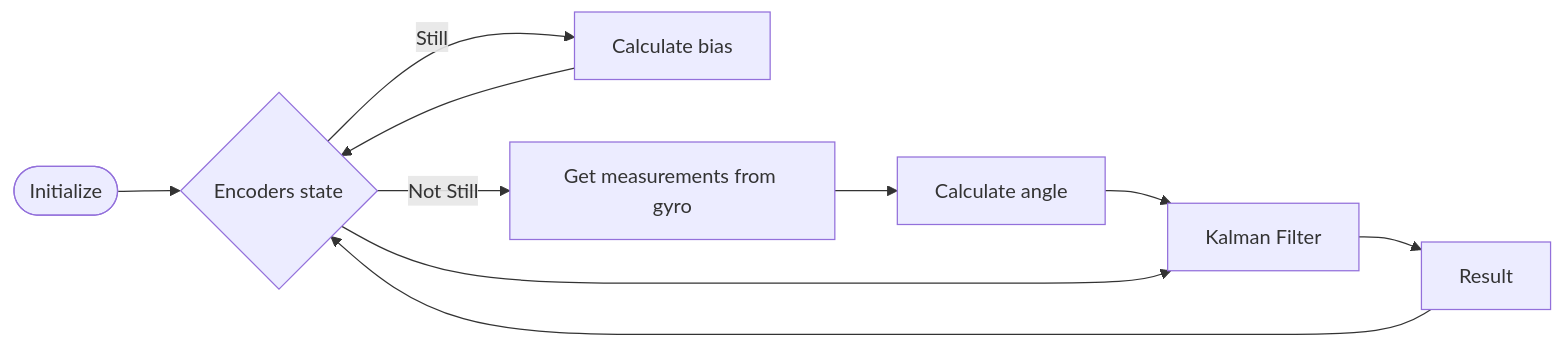
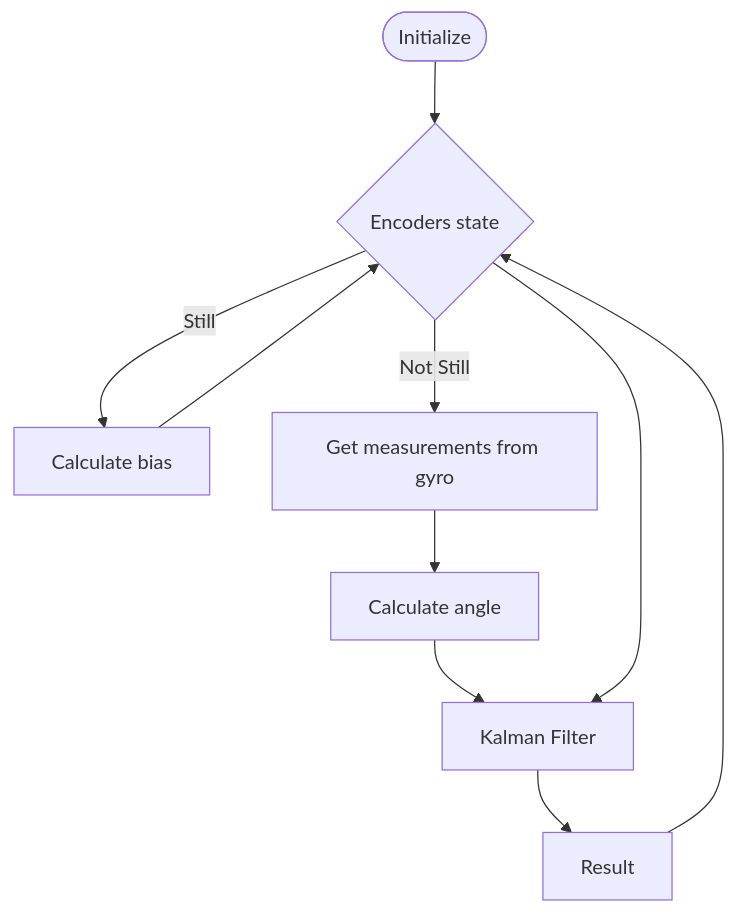
The diagram in Gyro_Encoders/README.md (LucasTakanori/PAE-HP), drawn with Mermaid before and after one commit.

````diff
--- a/Gyro_Encoders/README.md
+++ b/Gyro_Encoders/README.md
@@ -73,11 +73,11 @@
 ```mermaid
-flowchart LR
+flowchart TD
     A([Initialize]) --> B{Encoders state};
     B -- Still -->C[Calculate bias];
     B -- Not Still --> D[Get measurements from gyro];
     C --> B;
     D --> E[Calculate angle];
     E & B --> F[Kalman Filter];
     F--> G[Result];
     G --> B;
 ```
````
